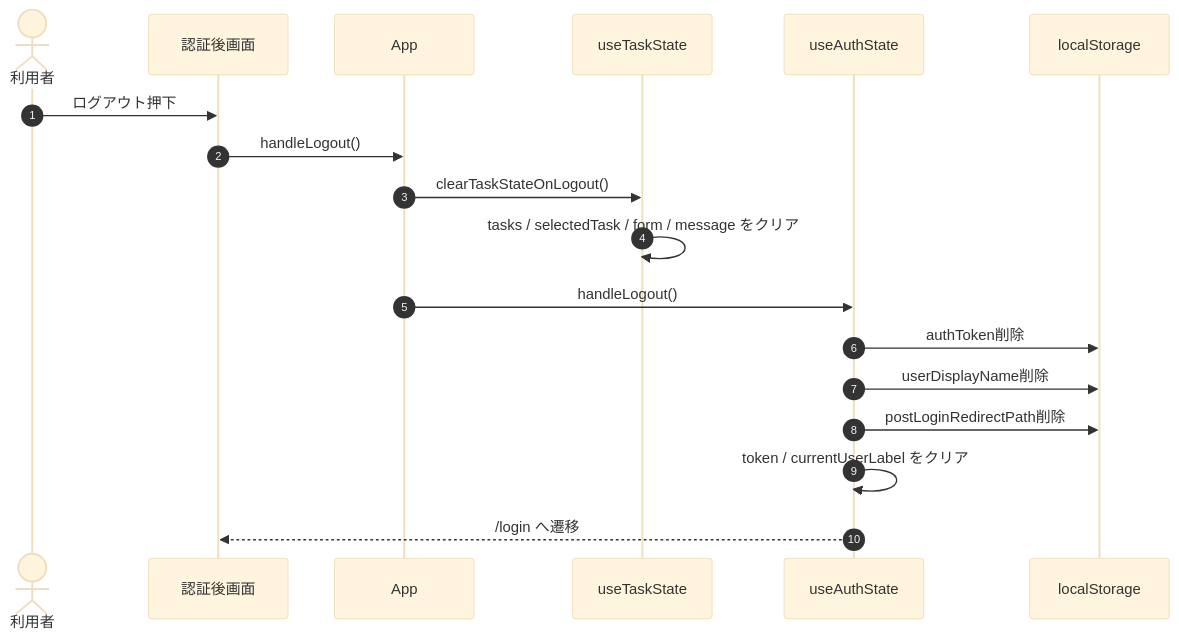
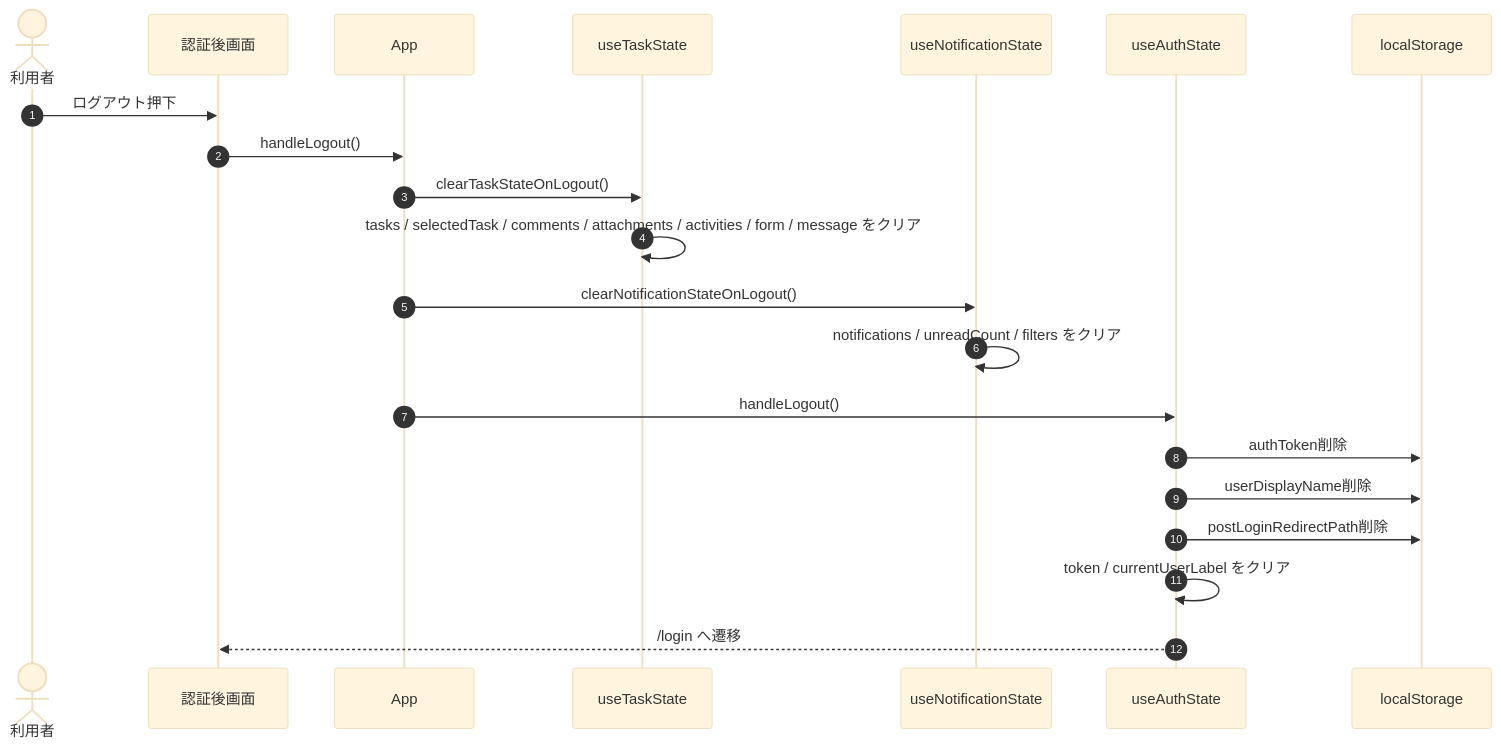
The third of 21 diagrams in docs/01_設計/09_シーケンス図設計書.md (kitune-udon/task-manager-app), drawn with Mermaid (base theme) before and after one commit. The commit also changed other lines of this file and 10 other files, not shown here.

````diff
--- a/docs/01_設計/09_シーケンス図設計書.md
+++ b/docs/01_設計/09_シーケンス図設計書.md
@@ -218,21 +280,24 @@
 ```mermaid
 sequenceDiagram
     autonumber
     actor User as 利用者
     participant Screen as 認証後画面
     participant App as App
     participant TaskState as useTaskState
+    participant NotificationState as useNotificationState
     participant AuthState as useAuthState
     participant Storage as localStorage
 
     User->>Screen: ログアウト押下
     Screen->>App: handleLogout()
     App->>TaskState: clearTaskStateOnLogout()
-    TaskState->>TaskState: tasks / selectedTask / form / message をクリア
+    TaskState->>TaskState: tasks / selectedTask / comments / attachments / activities / form / message をクリア
+    App->>NotificationState: clearNotificationStateOnLogout()
+    NotificationState->>NotificationState: notifications / unreadCount / filters をクリア
     App->>AuthState: handleLogout()
     AuthState->>Storage: authToken削除
     AuthState->>Storage: userDisplayName削除
     AuthState->>Storage: postLoginRedirectPath削除
     AuthState->>AuthState: token / currentUserLabel をクリア
     AuthState-->>Screen: /login へ遷移
 ```
````
